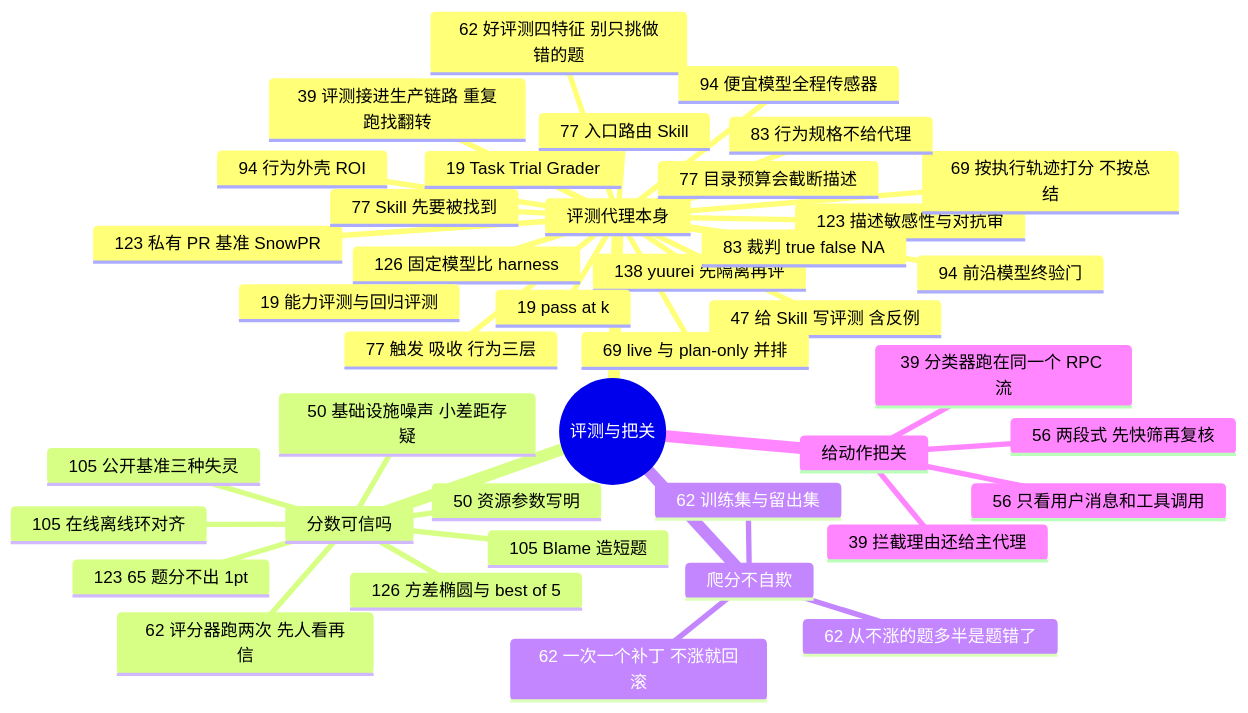
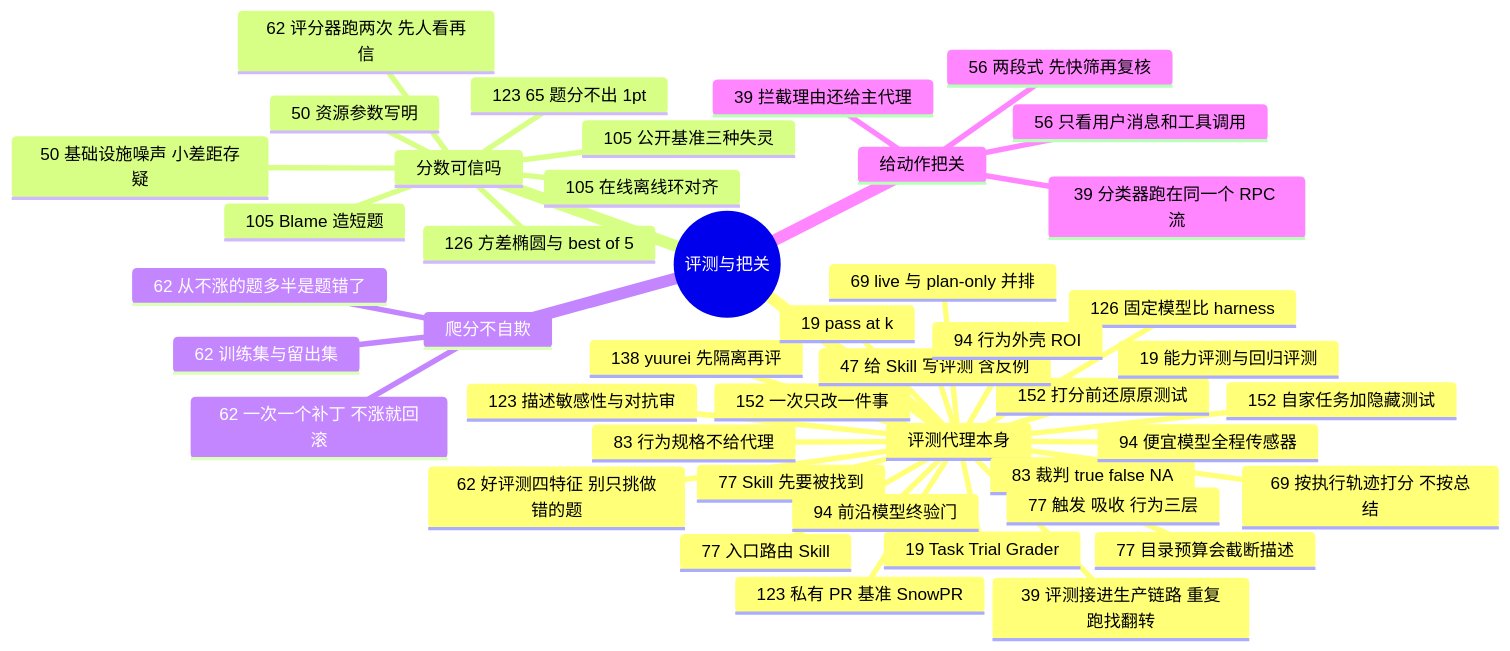
Before and after one commit to yzw7489757/ai-coding-videos: the diagram in docs/guide/evals.md, drawn with Mermaid. The commit also changed other lines of this file and 18 other files, not shown here.

````diff
--- a/docs/guide/evals.md
+++ b/docs/guide/evals.md
@@ -15,44 +15,47 @@
 ```mermaid
 mindmap
   root((评测与把关))
     评测代理本身
       138 yuurei 先隔离再评
+      152 自家任务加隐藏测试
+      152 打分前还原原测试
+      152 一次只改一件事
       123 私有 PR 基准 SnowPR
       123 描述敏感性与对抗审
       126 固定模型比 harness
       19 Task Trial Grader
       19 能力评测与回归评测
       19 pass at k
       39 评测接进生产链路 重复跑找翻转
       47 给 Skill 写评测 含反例
       62 好评测四特征 别只挑做错的题
       69 按执行轨迹打分 不按总结
       69 live 与 plan-only 并排
       83 行为规格不给代理
       83 裁判 true false NA
       77 Skill 先要被找到
       77 触发 吸收 行为三层
       77 入口路由 Skill
       77 目录预算会截断描述
       94 行为外壳 ROI
       94 便宜模型全程传感器
       94 前沿模型终验门
     分数可信吗
       50 基础设施噪声 小差距存疑
       50 资源参数写明
       62 评分器跑两次 先人看再信
       123 65 题分不出 1pt
       126 方差椭圆与 best of 5
       105 公开基准三种失灵
       105 Blame 造短题
       105 在线离线环对齐
     爬分不自欺
       62 训练集与留出集
       62 一次一个补丁 不涨就回滚
       62 从不涨的题多半是题错了
     给动作把关
       39 分类器跑在同一个 RPC 流
       39 拦截理由还给主代理
       56 两段式 先快筛再复核
       56 只看用户消息和工具调用
 ```
````
